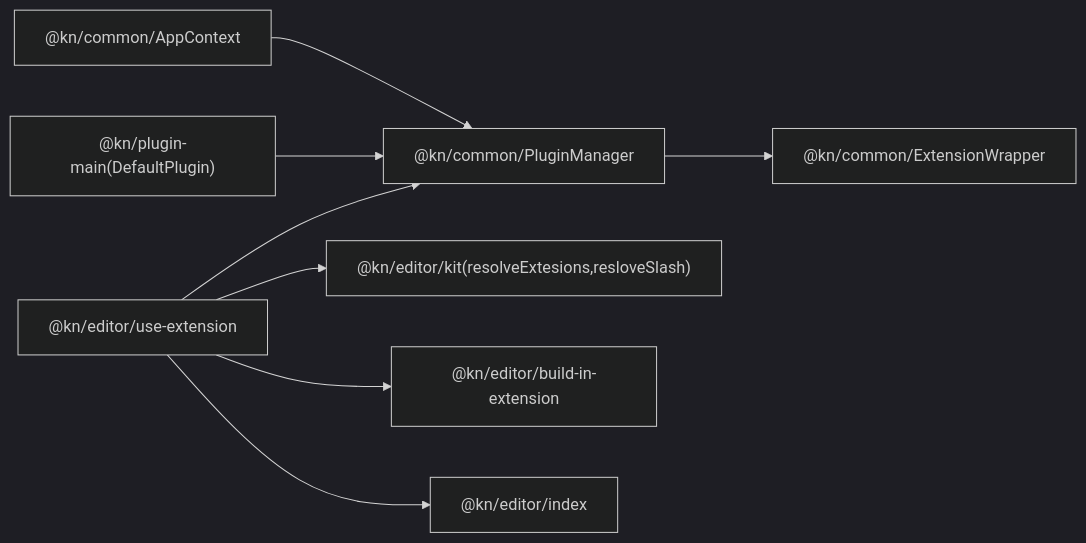
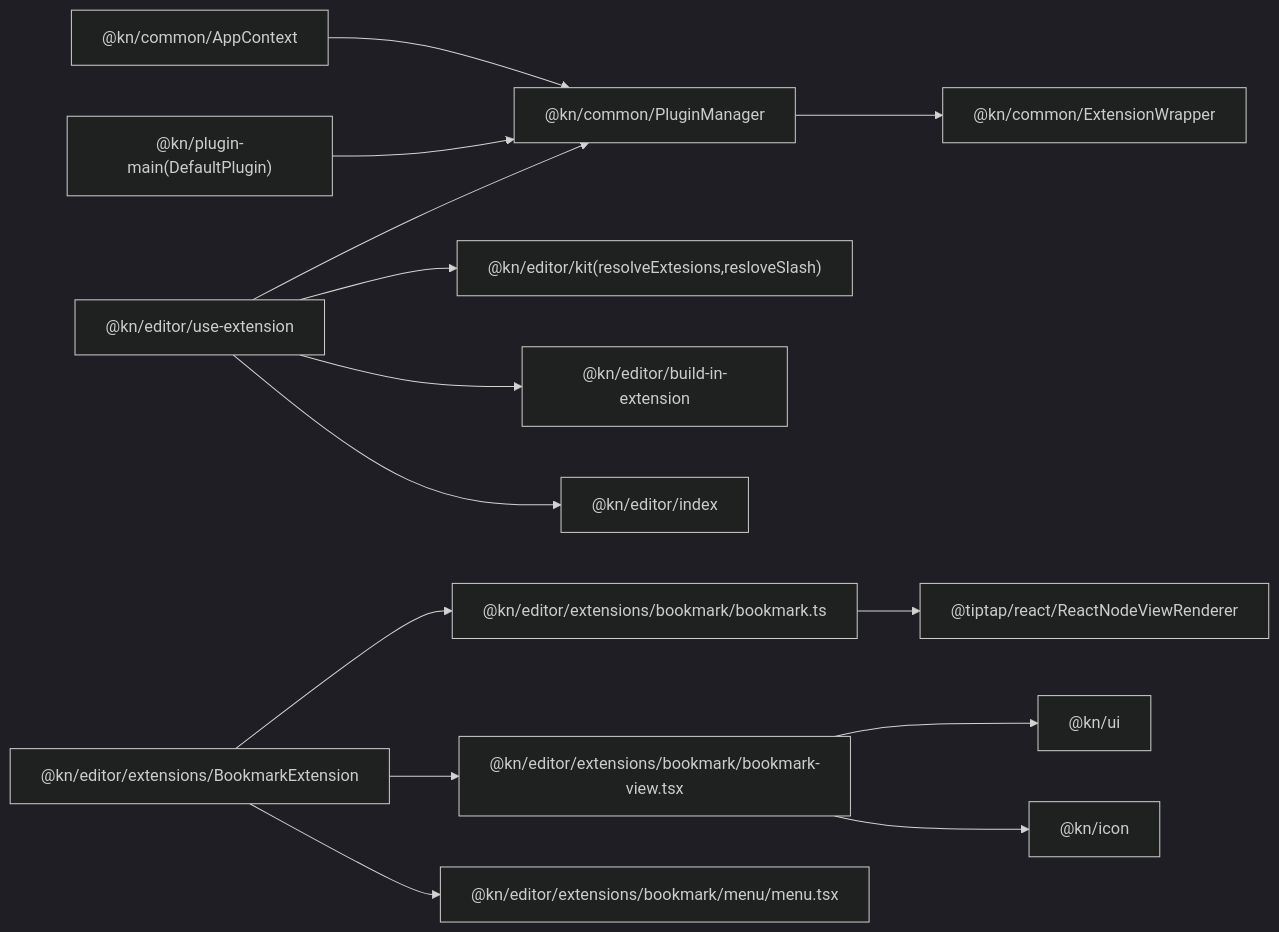
Before and after one commit to LRF0422/Kotion: the fifth of 5 diagrams in .qoder/repowiki/zh/content/API参考/编辑器扩展API.md, drawn with Mermaid (dark theme). The commit also changed other lines of this file and 75 other files, not shown here.

````diff
--- a/.qoder/repowiki/zh/content/API参考/编辑器扩展API.md
+++ b/.qoder/repowiki/zh/content/API参考/编辑器扩展API.md
@@ -309,10 +406,16 @@
 ```mermaid
 graph LR
 AC["@kn/common/AppContext"] --> PM["@kn/common/PluginManager"]
 PM --> EW["@kn/common/ExtensionWrapper"]
 UE["@kn/editor/use-extension"] --> PM
 UE --> KIT["@kn/editor/kit(resolveExtesions,resloveSlash)"]
 UE --> BI["@kn/editor/build-in-extension"]
 UE --> IDX["@kn/editor/index"]
+BE["@kn/editor/extensions/BookmarkExtension"] --> BM["@kn/editor/extensions/bookmark/bookmark.ts"]
+BE --> BV["@kn/editor/extensions/bookmark/bookmark-view.tsx"]
+BE --> BSM["@kn/editor/extensions/bookmark/menu/menu.tsx"]
 DP["@kn/plugin-main(DefaultPlugin)"] --> PM
+BM --> RNV["@tiptap/react/ReactNodeViewRenderer"]
+BV --> UI["@kn/ui"]
+BV --> ICON["@kn/icon"]
 ```
````
